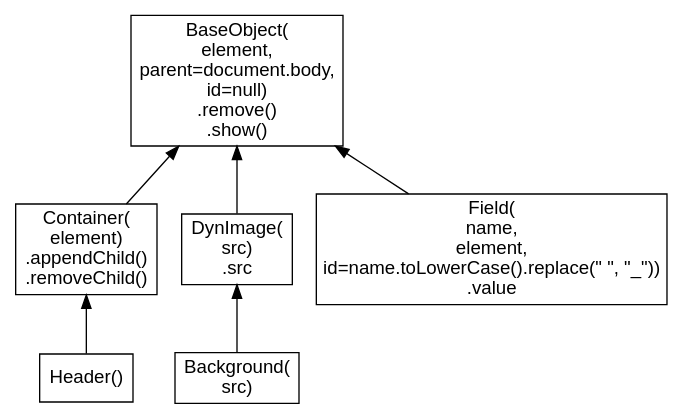
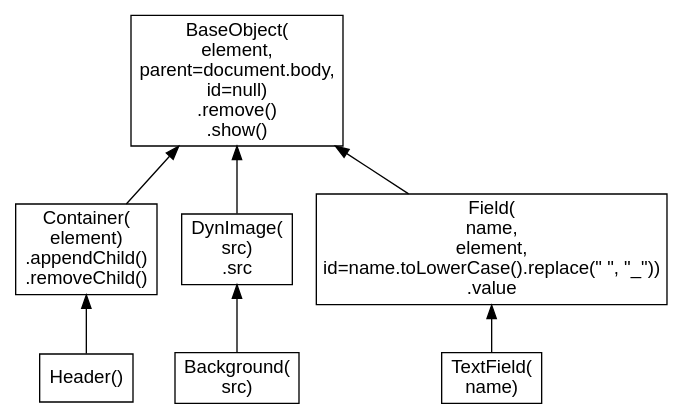
The diagram in inheritance.dot (Computiva/dynoffice), drawn with Graphviz before and after one commit. The commit also changed 2 other files, not shown here.

Commit message:
Simplify text field.

```diff
--- a/inheritance.dot
+++ b/inheritance.dot
@@ -1,15 +1,17 @@
 digraph inheritance {
 	rankdir=BT;
 	node [shape=box,fontname=Arial];
 	BaseObject [label="BaseObject(\nelement,\nparent=document.body,\nid=null)\n.remove()\n.show()"];
 	Container [label="Container(\nelement)\n.appendChild()\n.removeChild()"];
 	Header [label="Header()"];
 	DynImage [label="DynImage(\nsrc)\n.src"];
 	Background [label="Background(\nsrc)"];
 	Field [label="Field(\nname,\nelement,\nid=name.toLowerCase().replace(\" \", \"_\"))\n.value"];
+	TextField [label="TextField(\nname)"];
 	Container -> BaseObject;
 	Header -> Container;
 	DynImage -> BaseObject;
 	Background -> DynImage;
 	Field -> BaseObject;
+	TextField -> Field;
 }
```
